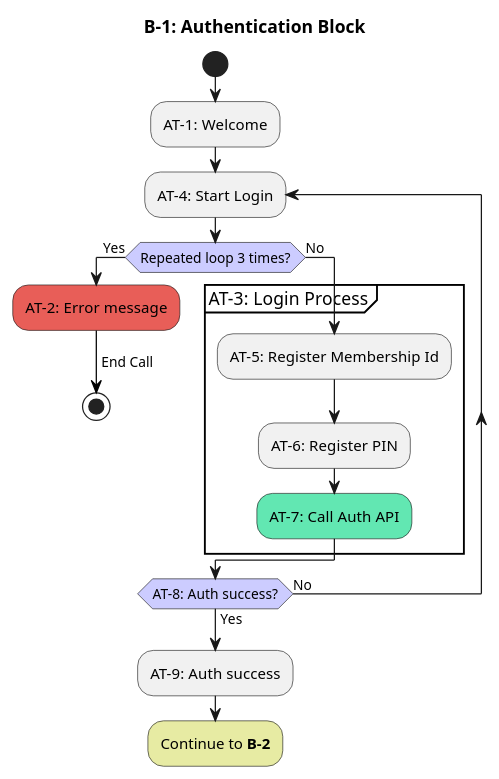
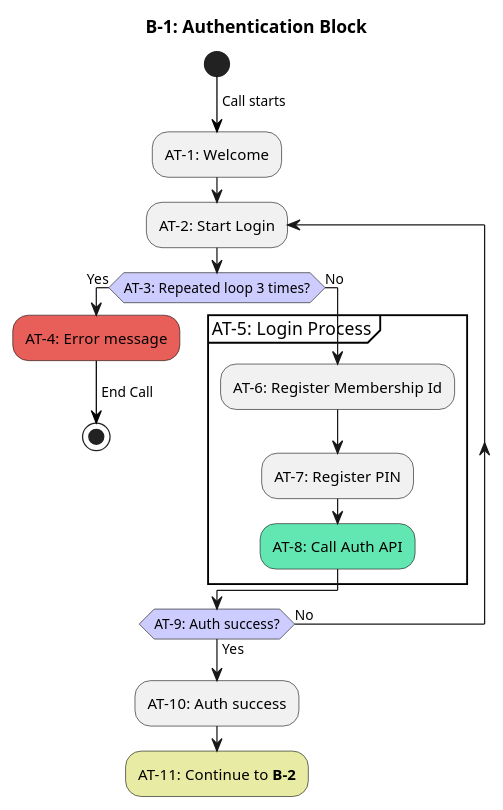
The diagram in doc/activity-diagram-authentication-block.puml (sequentech/ivr-lambdas), drawn with PlantUML before and after one commit.

```diff
--- a/doc/activity-diagram-authentication-block.puml
+++ b/doc/activity-diagram-authentication-block.puml
@@ -1,38 +1,39 @@
 @startuml
 title B-1: Authentication Block
 
 <style>
 activityDiagram {
   diamond {
     BackgroundColor #ccf
   }
 }
 </style>
 
 skinparam activity {
   BackgroundColor<<Error>> #e85e58
   BackgroundColor<<ApiCall>> #62e7b2
   BackgroundColor<<Continue>> #e7eba3
   BackgroundColor<<Question>> #e7eba3
 }
 
 start
+-[#black]-> Call starts;
 :AT-1: Welcome;
-repeat :AT-4: Start Login;
-    if (Repeated loop 3 times?) then (Yes)
-        <<Error>>:AT-2: Error message;
+repeat :AT-2: Start Login;
+    if (AT-3: Repeated loop 3 times?) then (Yes)
+        <<Error>>:AT-4: Error message;
         -[#black]-> End Call;
         stop
     else (No)
-        partition "AT-3: Login Process" {
-            :AT-5: Register Membership Id;
-            :AT-6: Register PIN;
-            <<ApiCall>>:AT-7: Call Auth API;
+        partition "AT-5: Login Process" {
+            :AT-6: Register Membership Id;
+            :AT-7: Register PIN;
+            <<ApiCall>>:AT-8: Call Auth API;
         }
     endif
-repeat while (AT-8: Auth success?) is (No) not (Yes)
+repeat while (AT-9: Auth success?) is (No) not (Yes)
 
-:AT-9: Auth success;
-<<Continue>>:Continue to <b>B-2</b>;
+:AT-10: Auth success;
+<<Continue>>:AT-11: Continue to <b>B-2</b>;
 
 @enduml
```
